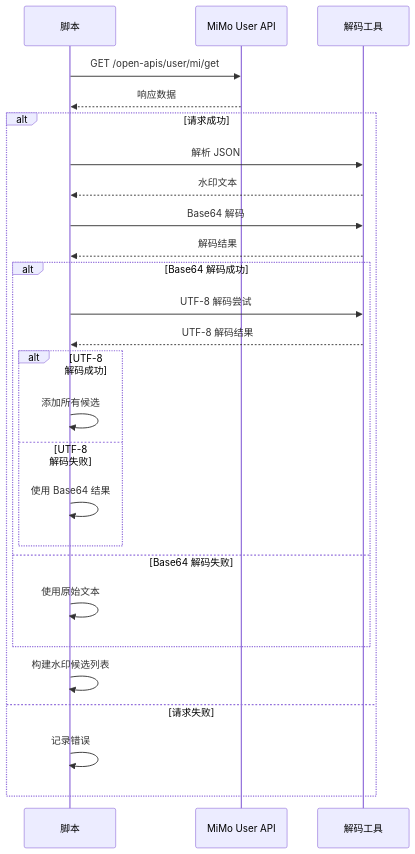
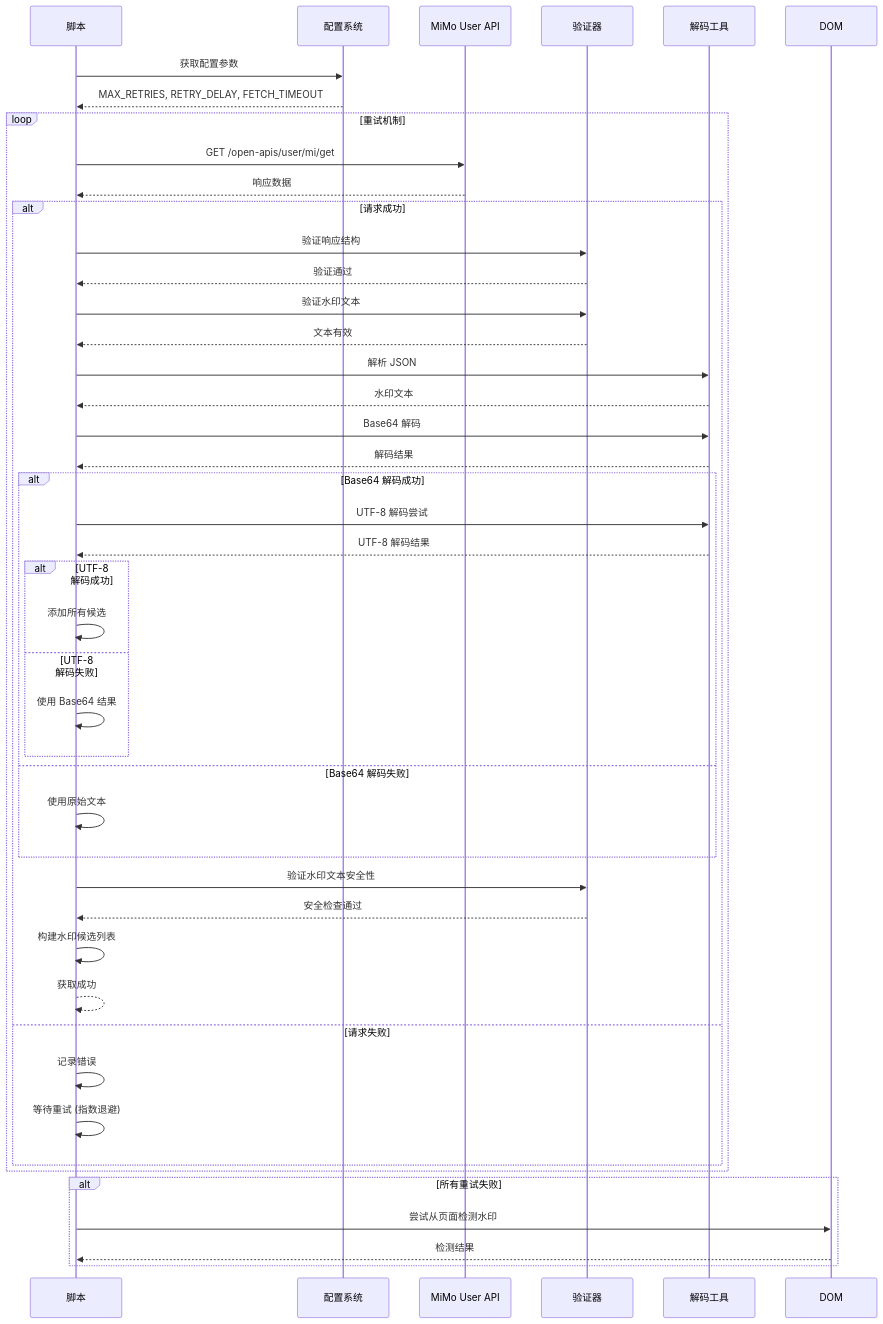
The second of 11 diagrams in SEQUENCE_DIAGRAMS.md (wang93wei/Xiaomi-MiMo-Studio-Watermark-Remover), drawn with Mermaid before and after one commit. The commit also changed other lines of this file, not shown here.

First line of the commit message:
更新时序图文档到 v1.3.5

````diff
--- a/SEQUENCE_DIAGRAMS.md
+++ b/SEQUENCE_DIAGRAMS.md
@@ -48,33 +74,56 @@
 ```mermaid
 sequenceDiagram
     participant Script as 脚本
+    participant Config as 配置系统
     participant API as MiMo User API
+    participant Validator as 验证器
     participant Utils as 解码工具
 
-    Script->>API: GET /open-apis/user/mi/get
-    API-->>Script: 响应数据
-    
-    alt 请求成功
-        Script->>Utils: 解析 JSON
-        Utils-->>Script: 水印文本
-        Script->>Utils: Base64 解码
-        Utils-->>Script: 解码结果
-        
-        alt Base64 解码成功
-            Script->>Utils: UTF-8 解码尝试
-            Utils-->>Script: UTF-8 解码结果
-            
-            alt UTF-8 解码成功
-                Script->>Script: 添加所有候选
-            else UTF-8 解码失败
-                Script->>Script: 使用 Base64 结果
+    Script->>Config: 获取配置参数
+    Config-->>Script: MAX_RETRIES, RETRY_DELAY, FETCH_TIMEOUT
+
+    loop 重试机制
+        Script->>API: GET /open-apis/user/mi/get
+        API-->>Script: 响应数据
+
+        alt 请求成功
+            Script->>Validator: 验证响应结构
+            Validator-->>Script: 验证通过
+
+            Script->>Validator: 验证水印文本
+            Validator-->>Script: 文本有效
+
+            Script->>Utils: 解析 JSON
+            Utils-->>Script: 水印文本
+            Script->>Utils: Base64 解码
+            Utils-->>Script: 解码结果
+
+            alt Base64 解码成功
+                Script->>Utils: UTF-8 解码尝试
+                Utils-->>Script: UTF-8 解码结果
+
+                alt UTF-8 解码成功
+                    Script->>Script: 添加所有候选
+                else UTF-8 解码失败
+                    Script->>Script: 使用 Base64 结果
+                end
+            else Base64 解码失败
+                Script->>Script: 使用原始文本
             end
-        else Base64 解码失败
-            Script->>Script: 使用原始文本
+
+            Script->>Validator: 验证水印文本安全性
+            Validator-->>Script: 安全检查通过
+
+            Script->>Script: 构建水印候选列表
+            Script-->>Script: 获取成功
+        else 请求失败
+            Script->>Script: 记录错误
+            Script->>Script: 等待重试 (指数退避)
         end
-        
-        Script->>Script: 构建水印候选列表
-    else 请求失败
-        Script->>Script: 记录错误
+    end
+
+    alt 所有重试失败
+        Script->>DOM: 尝试从页面检测水印
+        DOM-->>Script: 检测结果
     end
 ```
````
